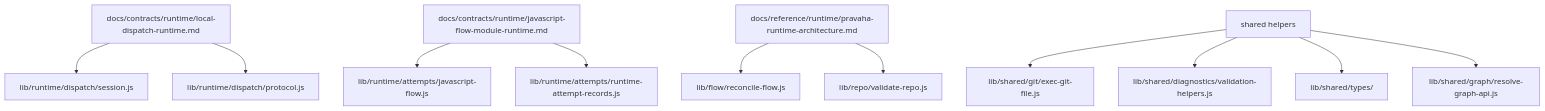
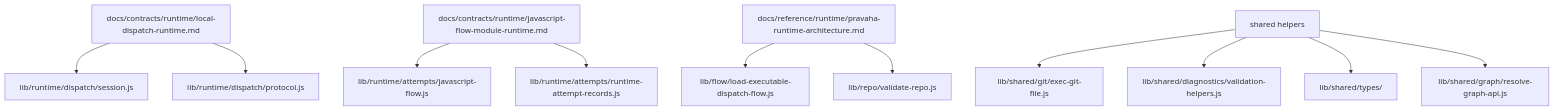
One commit to mantoni/pravaha changed the diagram in docs/reference/runtime/runtime-code-map.md. Above: the diagram before and after it, drawn with Mermaid. The commit also changed other lines of this file and 9 other files, not shown here.

Commit message:
Rename executable dispatch flow loader

````diff
--- a/docs/reference/runtime/runtime-code-map.md
+++ b/docs/reference/runtime/runtime-code-map.md
@@ -108,13 +108,13 @@
 ```mermaid
 graph TD
   A["docs/contracts/runtime/local-dispatch-runtime.md"] --> B["lib/runtime/dispatch/session.js"]
   A --> C["lib/runtime/dispatch/protocol.js"]
   D["docs/contracts/runtime/javascript-flow-module-runtime.md"] --> E["lib/runtime/attempts/javascript-flow.js"]
   D --> F["lib/runtime/attempts/runtime-attempt-records.js"]
-  G["docs/reference/runtime/pravaha-runtime-architecture.md"] --> H["lib/flow/reconcile-flow.js"]
+  G["docs/reference/runtime/pravaha-runtime-architecture.md"] --> H["lib/flow/load-executable-dispatch-flow.js"]
   G --> I["lib/repo/validate-repo.js"]
   J["shared helpers"] --> K["lib/shared/git/exec-git-file.js"]
   J --> L["lib/shared/diagnostics/validation-helpers.js"]
   J --> M["lib/shared/types/"]
   J --> N["lib/shared/graph/resolve-graph-api.js"]
 ```
````
